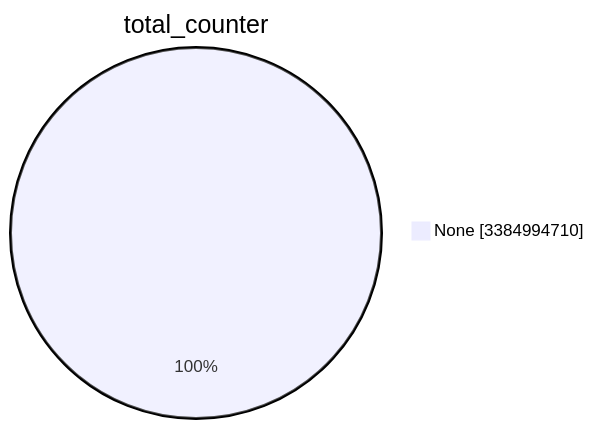
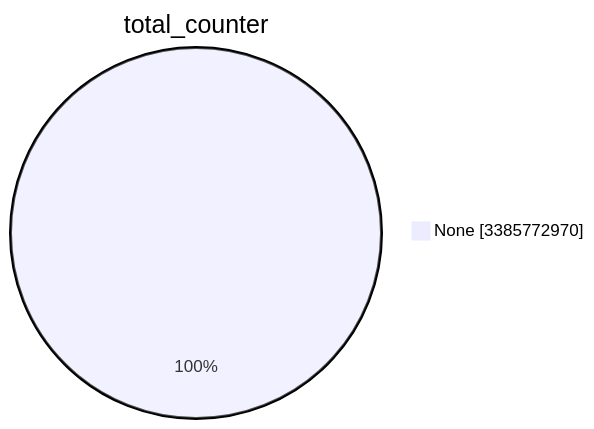
One commit to christiankrug/ctmonitor_visualization changed the first of 15 diagrams in TOTAL/README.md. Above: the diagram before and after it, drawn with Mermaid. The commit also changed other lines of this file, not shown here.

````diff
--- a/TOTAL/README.md
+++ b/TOTAL/README.md
@@ -1,5 +1,5 @@
 ```mermaid
 pie showData
 title total_counter
-"None" :3384994710
+"None" :3385772970
 ```
````
